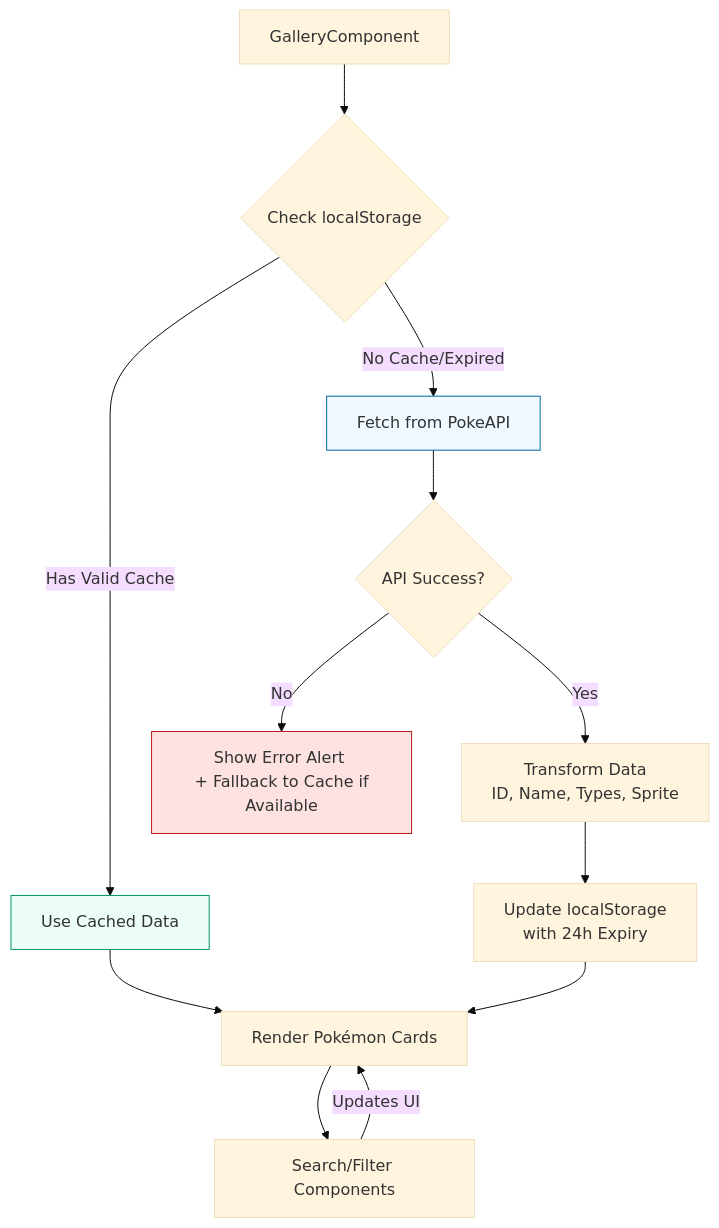
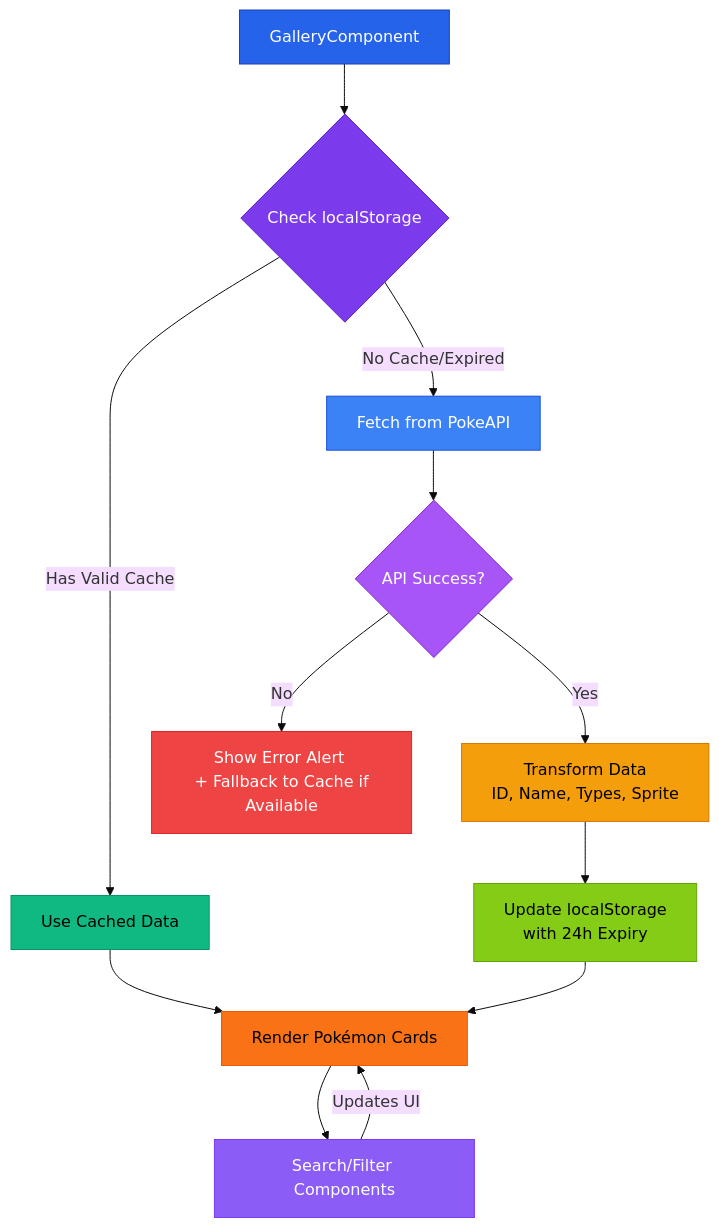
The diagram in README.md (Durubhuru14/poki-find), drawn with Mermaid (base theme) before and after one commit. The commit also changed other lines of this file and 1 other file, not shown here.

Commit message:
Changed: mermaid chart color to contrast for both dark and light mode, centred text of PokemonImageLazyLoad component

````diff
--- a/README.md
+++ b/README.md
@@ -141,17 +141,27 @@
 ```mermaid
 flowchart TD
     A[GalleryComponent] --> B{Check localStorage}
     B -->|Has Valid Cache| C[Use Cached Data]
     B -->|No Cache/Expired| D[Fetch from PokeAPI]
     D --> E{API Success?}
     E -->|Yes| F[Transform Data <br /> ID, Name, Types, Sprite]
     E -->|No| G[Show Error Alert <br /> + Fallback to Cache if Available]
     F --> H[Update localStorage <br /> with 24h Expiry]
     C & H --> I[Render Pokémon Cards]
     I --> J[Search/Filter Components]
     J -->|Updates UI| I
 
-    style C fill:#ecfdf5,stroke:#059669
-    style D fill:#f0f9ff,stroke:#0369a1
-    style G fill:#fee2e2,stroke:#b91c1c
+    style A fill:#2563eb,stroke:#1e40af,color:#ffffff
+    style B fill:#7c3aed,stroke:#5b21b6,color:#ffffff
+    style C fill:#10b981,stroke:#059669,color:#000000
+    style D fill:#3b82f6,stroke:#1d4ed8,color:#ffffff
+    style E fill:#a855f7,stroke:#7e22ce,color:#ffffff
+    style F fill:#f59e0b,stroke:#d97706,color:#000000
+    style G fill:#ef4444,stroke:#dc2626,color:#ffffff
+    style H fill:#84cc16,stroke:#65a30d,color:#000000
+    style I fill:#f97316,stroke:#ea580c,color:#000000
+    style J fill:#8b5cf6,stroke:#7c3aed,color:#ffffff
+
+    classDef lightMode fill:#f0f9ff,stroke:#0369a1,color:#000000
+    classDef darkMode fill:#1e293b,stroke:#7dd3fc,color:#ffffff
 ```
````
